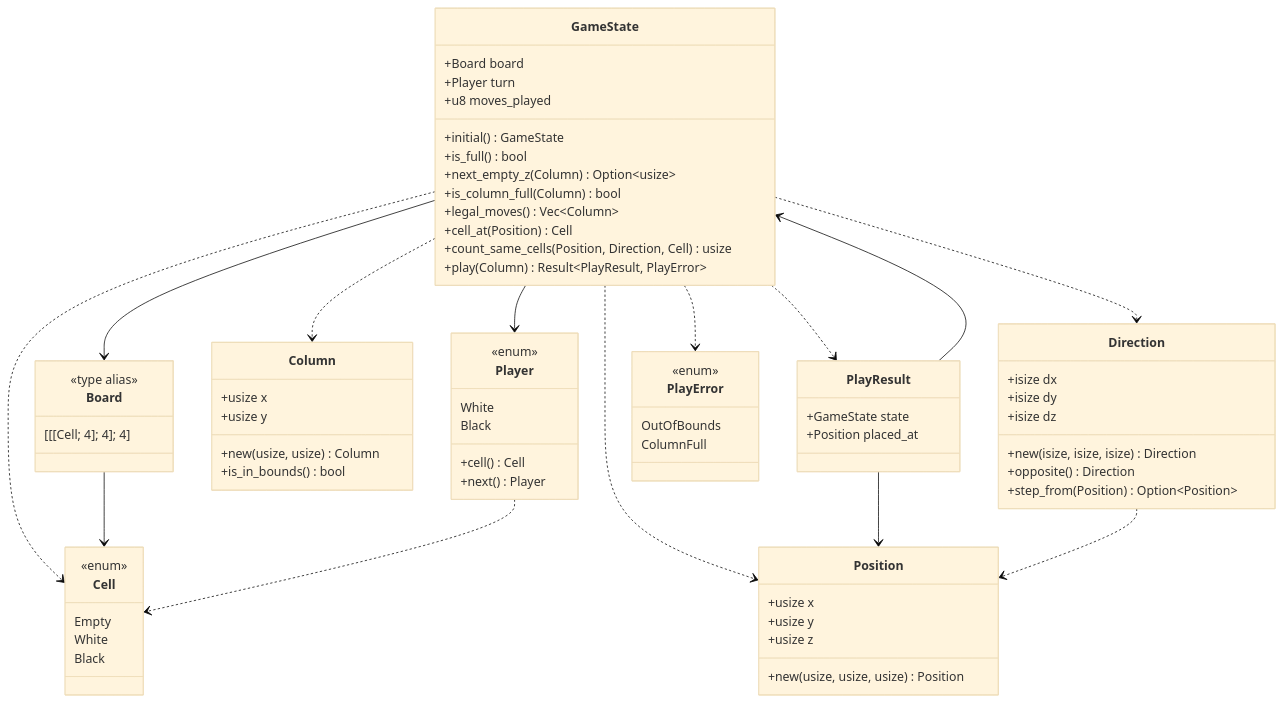
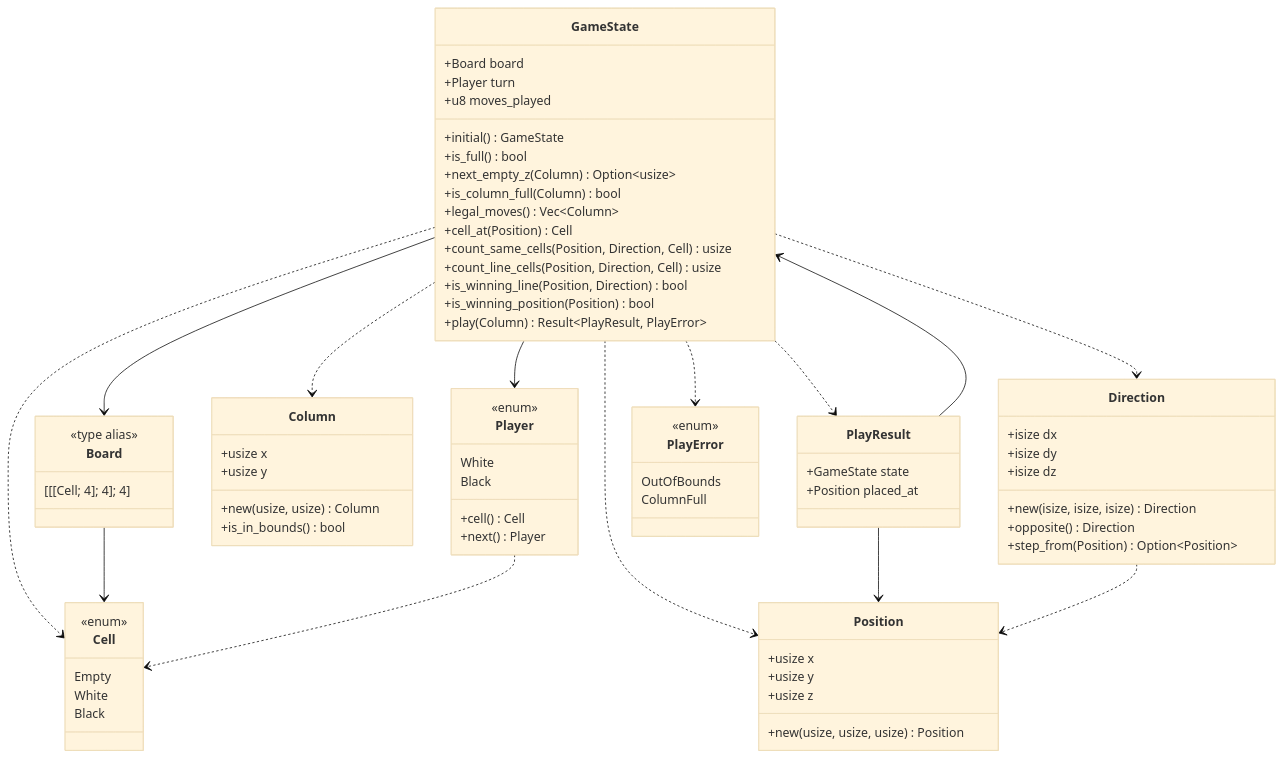
The first of 4 diagrams in docs/uml.md (keiichiro-sonoda/rittai4moku), drawn with Mermaid (base theme) before and after one commit. The commit also changed other lines of this file and 2 other files, not shown here.

Commit message:
Add winning condition methods to GameState for enhanced game logic

```diff
--- a/docs/uml.md
+++ b/docs/uml.md
@@ -23,6 +23,9 @@
         +legal_moves() Vec~Column~
         +cell_at(Position) Cell
         +count_same_cells(Position, Direction, Cell) usize
+        +count_line_cells(Position, Direction, Cell) usize
+        +is_winning_line(Position, Direction) bool
+        +is_winning_position(Position) bool
         +play(Column) Result~PlayResult, PlayError~
     }
 
```
